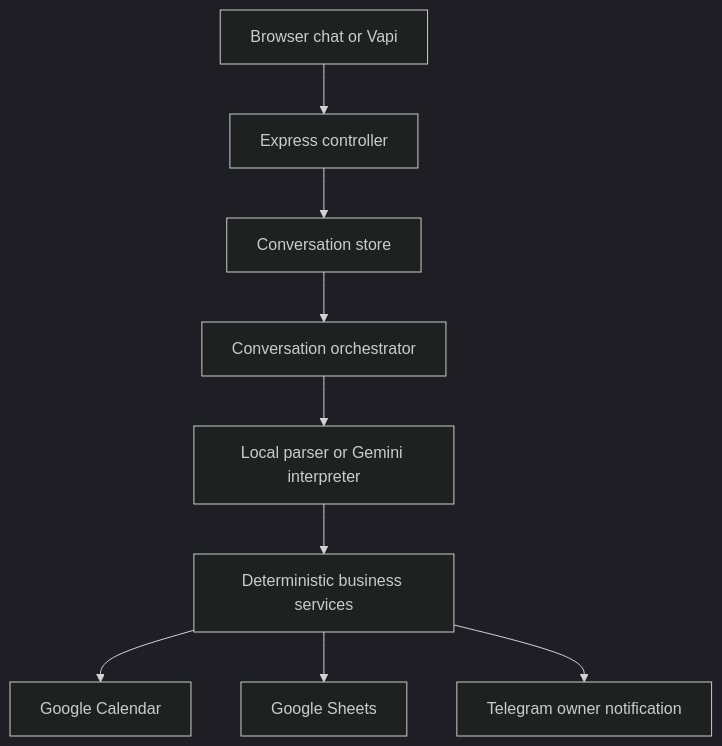
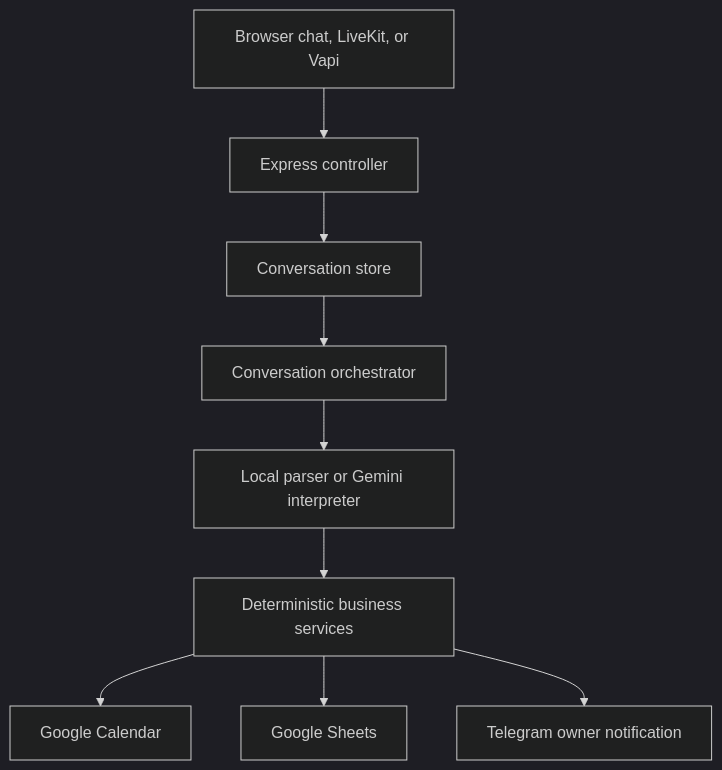
Before and after one commit to 1hemant2/dog-grooming-ai-receptionist: the diagram in README.md, drawn with Mermaid (dark theme). The commit also changed other lines of this file and 24 other files, not shown here.

First line of the commit message:
Run LiveKit voice demo in-process

````diff
--- a/README.md
+++ b/README.md
@@ -29,11 +31,11 @@
 ```mermaid
 flowchart TD
-	A[Browser chat or Vapi] --> B[Express controller]
+	A[Browser chat, LiveKit, or Vapi] --> B[Express controller]
 	B --> C[Conversation store]
 	C --> D[Conversation orchestrator]
 	D --> E[Local parser or Gemini interpreter]
 	E --> F[Deterministic business services]
 	F --> G[Google Calendar]
 	F --> H[Google Sheets]
 	F --> I[Telegram owner notification]
 ```
````
